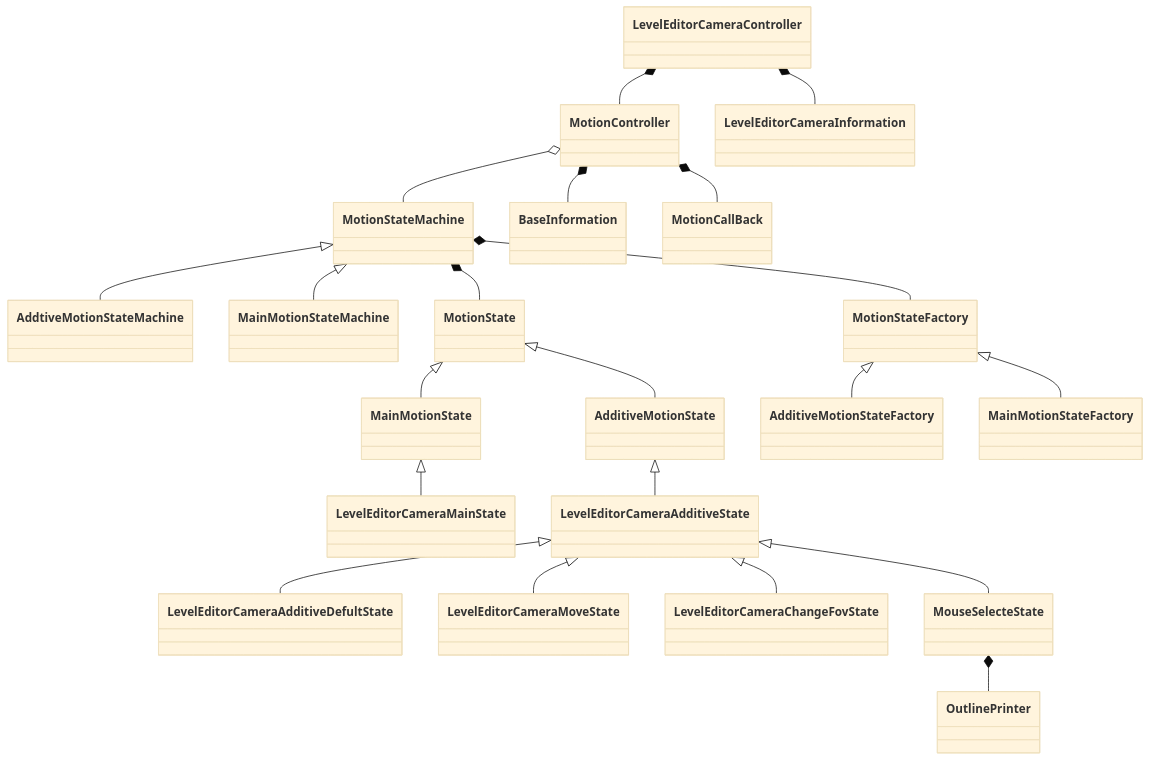
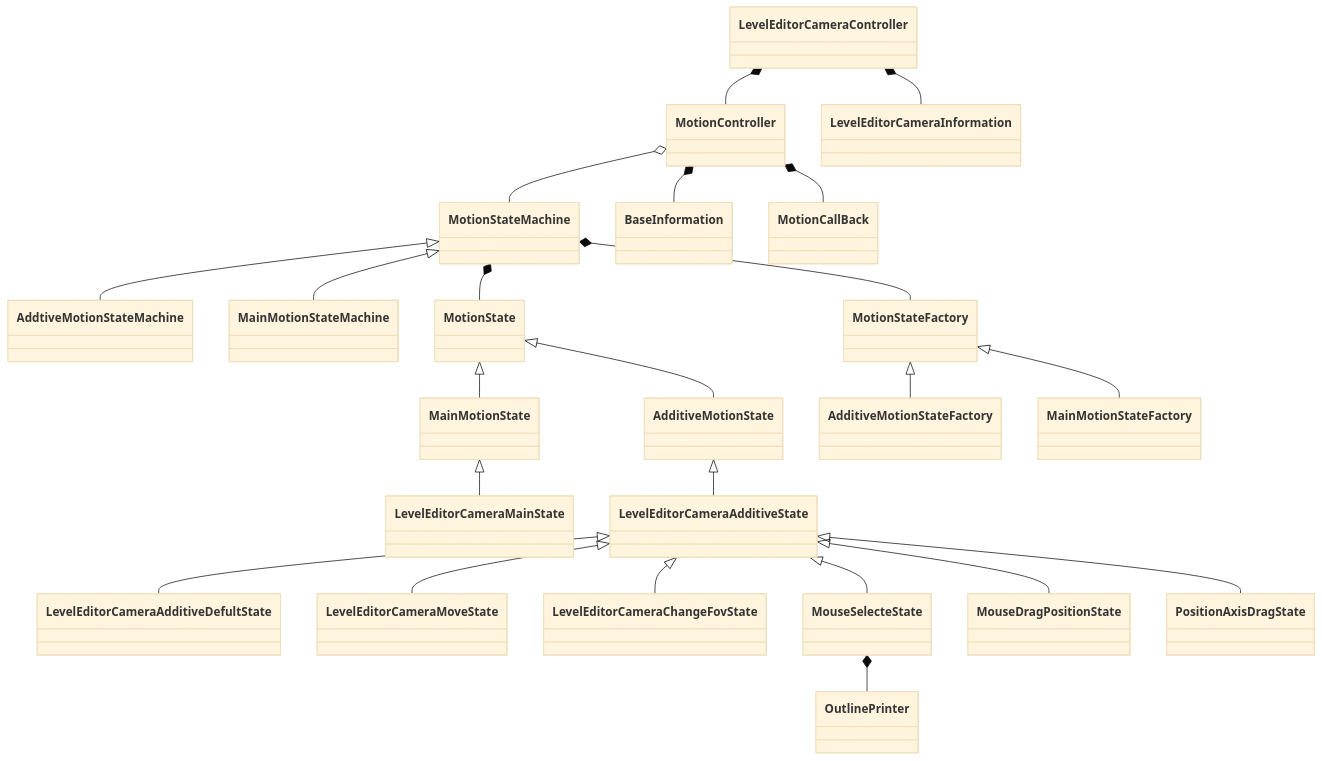
Before and after one commit to flicker-studio/RimeEditor: the seventh of 8 diagrams in README.md, drawn with Mermaid (base theme). The commit also changed other lines of this file and 69 other files, not shown here.

First line of the commit message:
merge: level editor update (#26)

````diff
--- a/README.md
+++ b/README.md
@@ -260,23 +260,25 @@
 ```mermaid
 classDiagram
 MotionController o-- MotionStateMachine
 LevelEditorCameraController *-- MotionController
 LevelEditorCameraController *-- LevelEditorCameraInformation
 MotionController *-- BaseInformation
 MotionController *-- MotionCallBack
 MotionStateMachine <|-- AddtiveMotionStateMachine
 MotionStateMachine <|-- MainMotionStateMachine
 MotionStateMachine *-- MotionState
 MotionStateMachine *-- MotionStateFactory
 MotionState <|-- MainMotionState
 MotionState <|-- AdditiveMotionState
 MainMotionState <|-- LevelEditorCameraMainState
 AdditiveMotionState <|-- LevelEditorCameraAdditiveState
 MotionStateFactory <|-- AdditiveMotionStateFactory
 MotionStateFactory <|-- MainMotionStateFactory
 LevelEditorCameraAdditiveState <|-- LevelEditorCameraAdditiveDefultState
 LevelEditorCameraAdditiveState <|-- LevelEditorCameraMoveState
 LevelEditorCameraAdditiveState <|-- LevelEditorCameraChangeFovState
 LevelEditorCameraAdditiveState <|-- MouseSelecteState
+LevelEditorCameraAdditiveState <|-- MouseDragPositionState
+LevelEditorCameraAdditiveState <|-- PositionAxisDragState
 MouseSelecteState *-- OutlinePrinter
 ```
````
